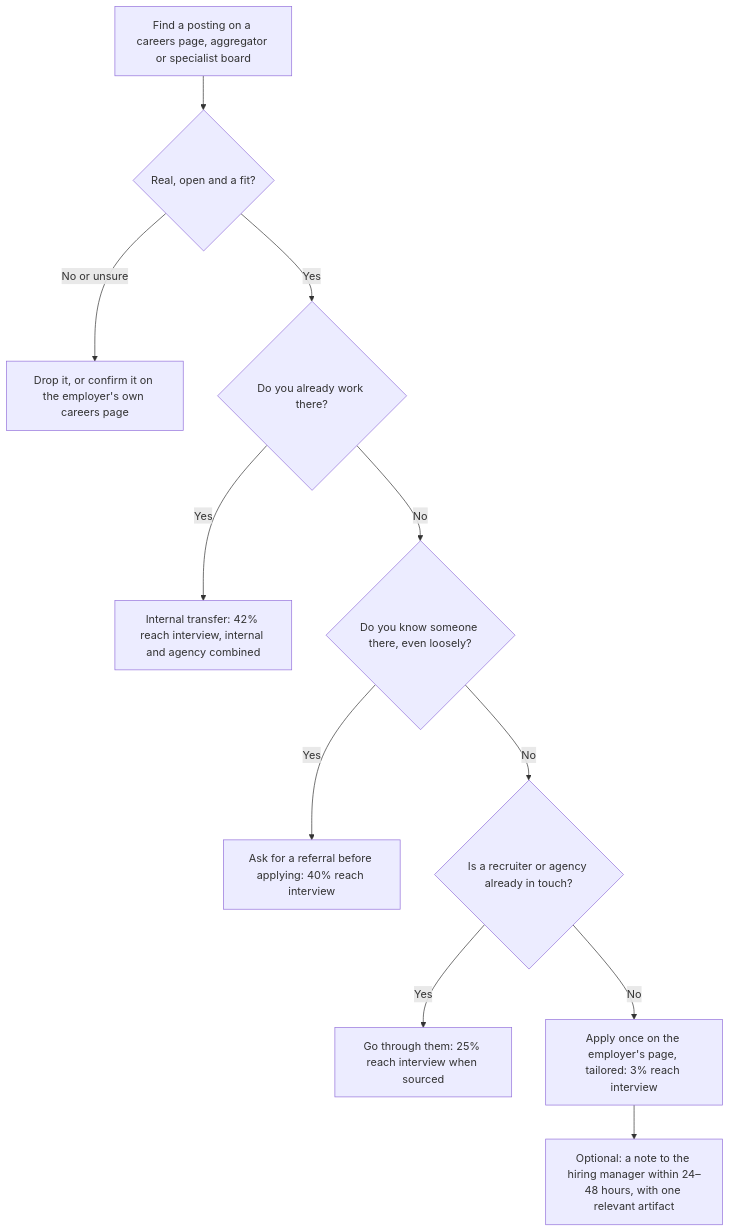
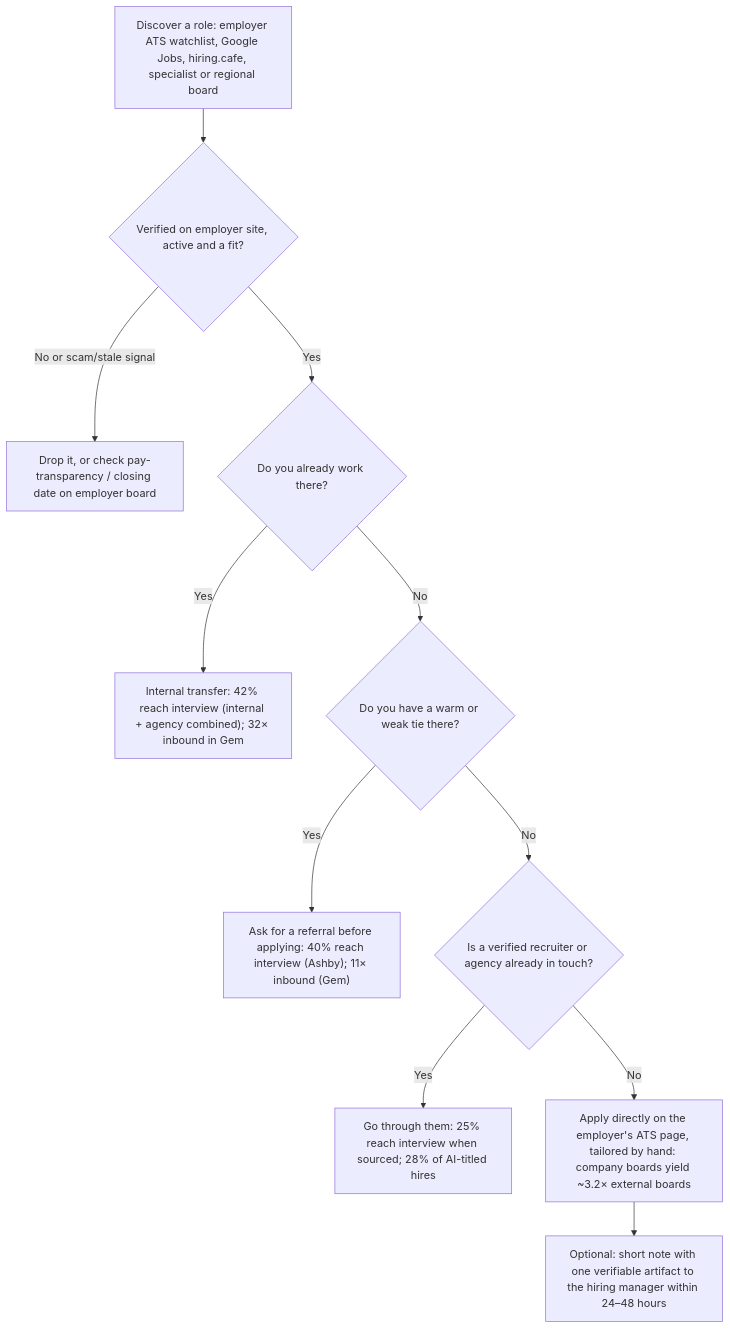
One commit to bhaskarjha-dev/genai-career changed the diagram in career/06-job-search/channels-and-boards.md. Above: the diagram before and after it, drawn with Mermaid. The commit also changed other lines of this file and 14 other files, not shown here.

````diff
--- a/career/06-job-search/channels-and-boards.md
+++ b/career/06-job-search/channels-and-boards.md
@@ -33,13 +33,13 @@
 ```mermaid
 flowchart TD
-    A["Find a posting on a careers page, aggregator or specialist board"] --> B{"Real, open and a fit?"}
-    B -->|"No or unsure"| X["Drop it, or confirm it on the employer's own careers page"]
+    A["Discover a role: employer ATS watchlist, Google Jobs, hiring.cafe, specialist or regional board"] --> B{"Verified on employer site, active and a fit?"}
+    B -->|"No or scam/stale signal"| X["Drop it, or check pay-transparency / closing date on employer board"]
     B -->|"Yes"| C{"Do you already work there?"}
-    C -->|"Yes"| I["Internal transfer: 42% reach interview, internal and agency combined"]
-    C -->|"No"| D{"Do you know someone there, even loosely?"}
-    D -->|"Yes"| R["Ask for a referral before applying: 40% reach interview"]
-    D -->|"No"| S{"Is a recruiter or agency already in touch?"}
-    S -->|"Yes"| T["Go through them: 25% reach interview when sourced"]
-    S -->|"No"| U["Apply once on the employer's page, tailored: 3% reach interview"]
-    U --> V["Optional: a note to the hiring manager within 24–48 hours, with one relevant artifact"]
+    C -->|"Yes"| I["Internal transfer: 42% reach interview (internal + agency combined); 32× inbound in Gem"]
+    C -->|"No"| D{"Do you have a warm or weak tie there?"}
+    D -->|"Yes"| R["Ask for a referral before applying: 40% reach interview (Ashby); 11× inbound (Gem)"]
+    D -->|"No"| S{"Is a verified recruiter or agency already in touch?"}
+    S -->|"Yes"| T["Go through them: 25% reach interview when sourced; 28% of AI-titled hires"]
+    S -->|"No"| U["Apply directly on the employer's ATS page, tailored by hand: company boards yield ~3.2× external boards"]
+    U --> V["Optional: short note with one verifiable artifact to the hiring manager within 24–48 hours"]
 ```
````
